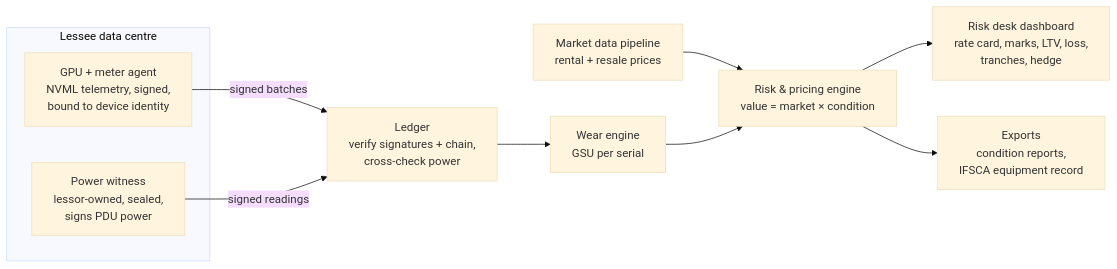
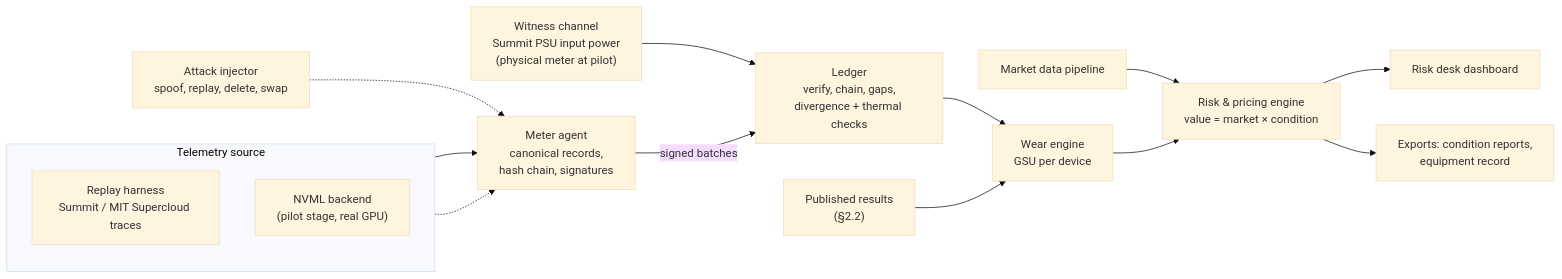
The diagram in IMPLEMENTATION PLAN.md (kalpshah18/Chirayu), drawn with Mermaid (base theme) before and after one commit. The commit also changed other lines of this file, not shown here.

First line of the commit message:
Rework implementation plan for a no-GPU build

````diff
--- a/IMPLEMENTATION PLAN.md
+++ b/IMPLEMENTATION PLAN.md
@@ -48,14 +85,19 @@
 ```mermaid
 flowchart LR
-  subgraph DC["Lessee data centre"]
-    A["GPU + meter agent<br/>NVML telemetry, signed,<br/>bound to device identity"]
-    W["Power witness<br/>lessor-owned, sealed,<br/>signs PDU power"]
+  subgraph SRC["Telemetry source"]
+    direction TB
+    RP["Replay harness<br/>Summit / MIT Supercloud traces"]
+    NV["NVML backend<br/>(pilot stage, real GPU)"]
   end
-  A -->|signed batches| L["Ledger<br/>verify signatures + chain,<br/>cross-check power"]
-  W -->|signed readings| L
-  L --> G["Wear engine<br/>GSU per serial"]
-  MD["Market data pipeline<br/>rental + resale prices"] --> R
+  RP --> A["Meter agent<br/>canonical records,<br/>hash chain, signatures"]
+  NV -.-> A
+  WS["Witness channel<br/>Summit PSU input power<br/>(physical meter at pilot)"] --> L
+  A -->|signed batches| L["Ledger<br/>verify, chain, gaps,<br/>divergence + thermal checks"]
+  ATK["Attack injector<br/>spoof, replay, delete, swap"] -.-> A
+  L --> G["Wear engine<br/>GSU per device"]
+  MD["Market data pipeline"] --> R
+  PAP["Published results<br/>(§2.2)"] --> G
   G --> R["Risk & pricing engine<br/>value = market × condition"]
-  R --> D["Risk desk dashboard<br/>rate card, marks, LTV, loss,<br/>tranches, hedge"]
-  R --> X["Exports<br/>condition reports,<br/>IFSCA equipment record"]
+  R --> D["Risk desk dashboard"]
+  R --> X["Exports: condition reports,<br/>equipment record"]
 ```
````
